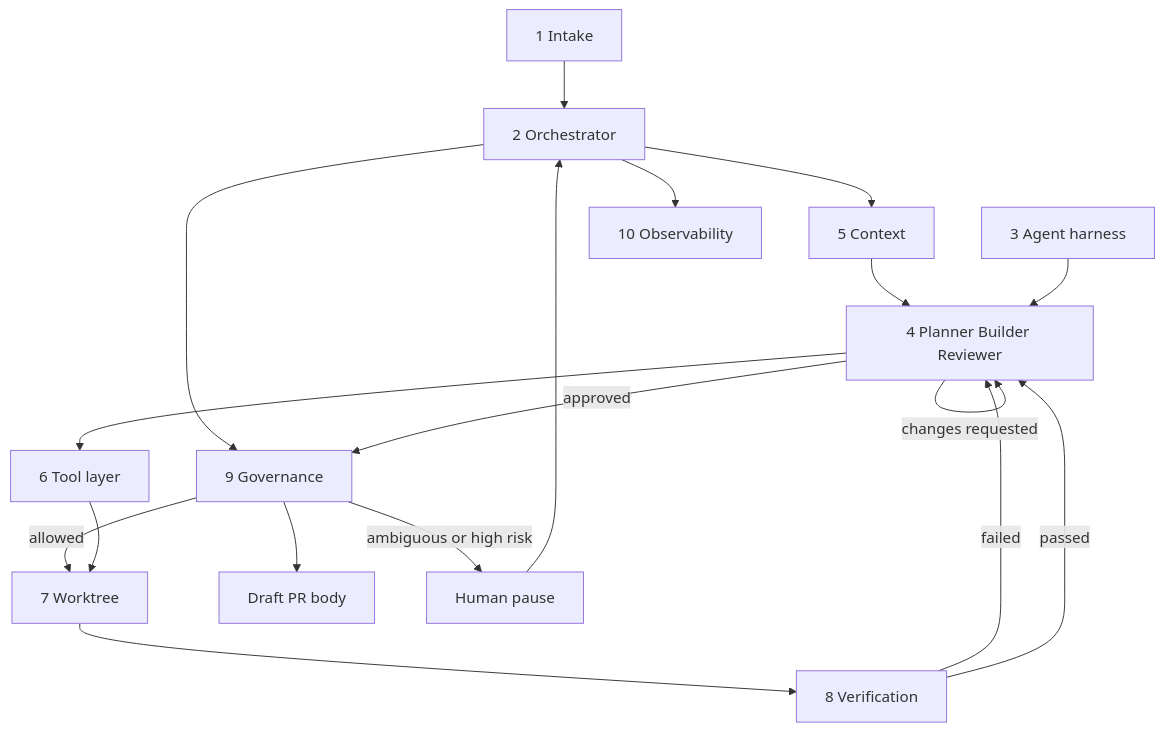
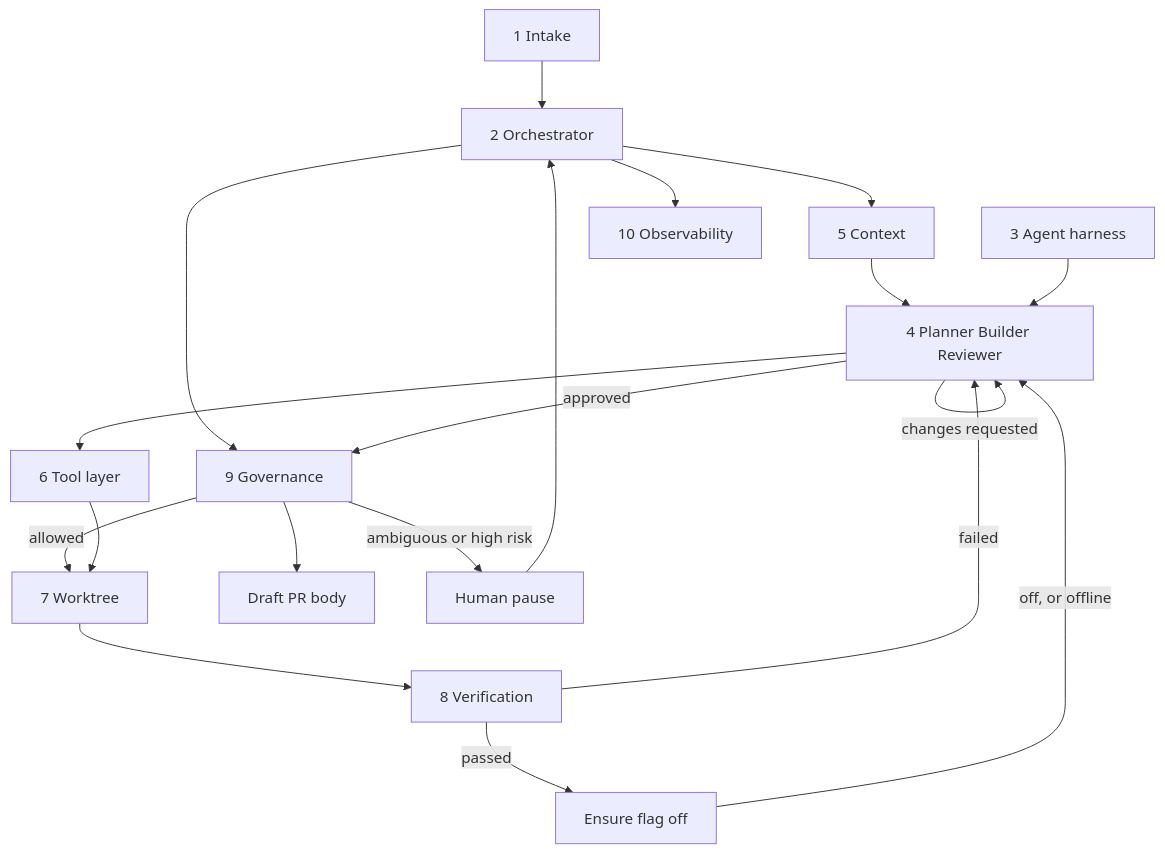
One commit to launchdarkly-demos/decora-software-factory changed the first of 2 diagrams in README.md. Above: the diagram before and after it, drawn with Mermaid. The commit also changed other lines of this file and 26 other files, not shown here.

Commit message:
Default to real SDK agents and verify dark LaunchDarkly flags before review

````diff
--- a/README.md
+++ b/README.md
@@ -15,32 +15,33 @@
 ```mermaid
 flowchart TD
   intake[1 Intake]
   orch[2 Orchestrator]
   harness[3 Agent harness]
   agents[4 Planner Builder Reviewer]
   context[5 Context]
   tools[6 Tool layer]
   worktree[7 Worktree]
   verify[8 Verification]
   policy[9 Governance]
   observe[10 Observability]
   draft[Draft PR body]
 
   intake --> orch
   orch --> context
   context --> agents
   harness --> agents
   orch --> policy
   policy -->|ambiguous or high risk| human[Human pause]
   human --> orch
   policy -->|allowed| worktree
   agents --> tools
   tools --> worktree
   worktree --> verify
   verify -->|failed| agents
-  verify -->|passed| agents
+  verify -->|passed| flag[Ensure flag off]
+  flag -->|off, or offline| agents
   agents -->|changes requested| agents
   agents -->|approved| policy
   policy --> draft
   orch --> observe
 ```
````
